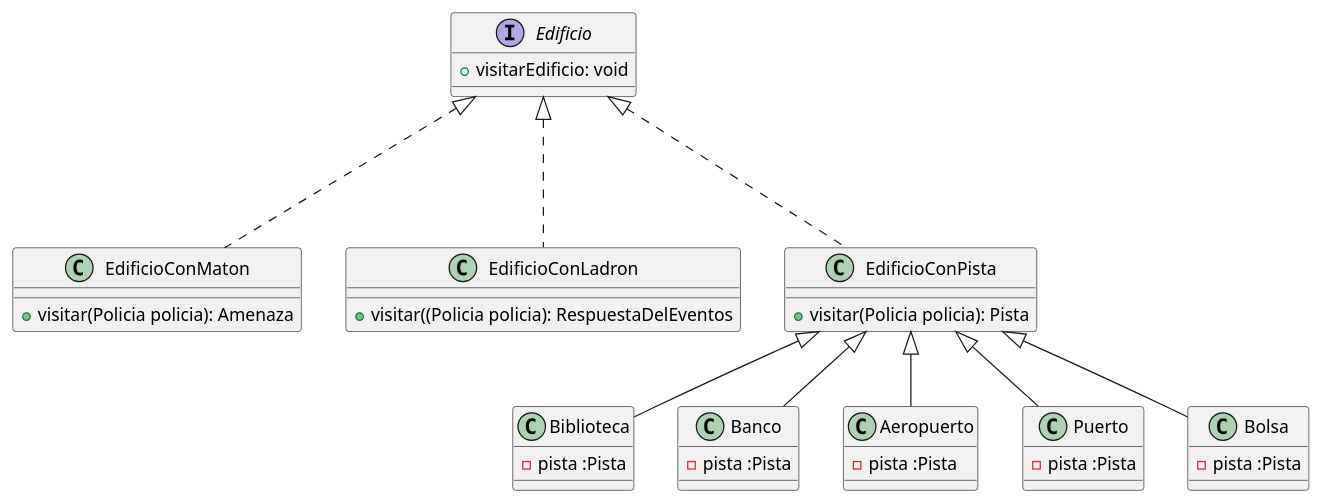
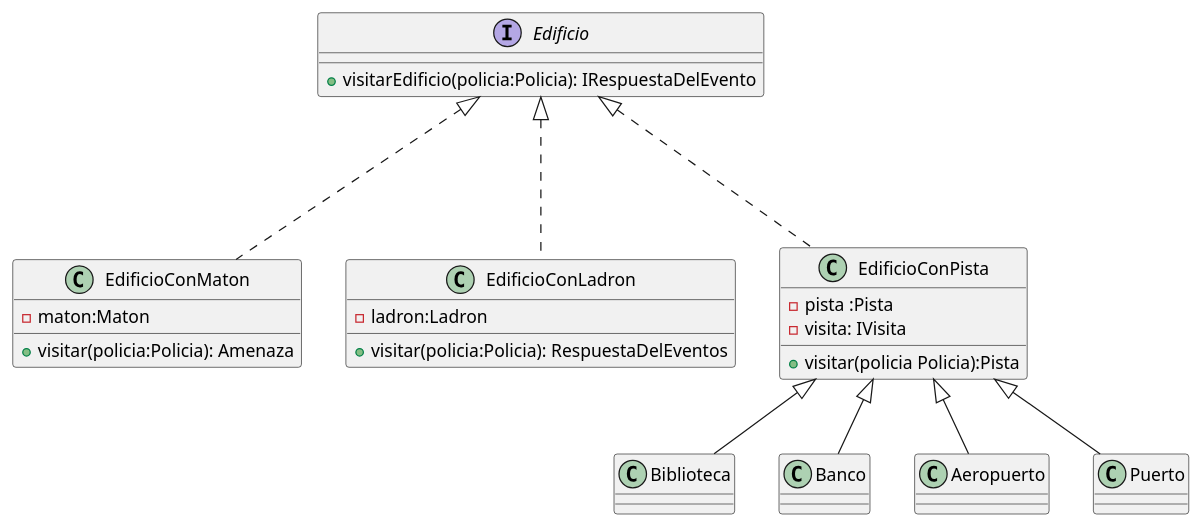
The diagram in diagrams/classes/dc_edificio.plantuml (SeleneMartinez/Algo3_AlgoThief), drawn with PlantUML before and after one commit.

Commit message:
correccion dc_edificio

```diff
--- a/diagrams/classes/dc_edificio.plantuml
+++ b/diagrams/classes/dc_edificio.plantuml
@@ -1,54 +1,55 @@
 @startuml
 
 interface Edificio
 {
-    +visitarEdificio: void
+    + visitarEdificio(policia:Policia): IRespuestaDelEvento
 }
 class EdificioConMaton
 {
-    +visitar(Policia policia): Amenaza
+    - maton:Maton
+    +visitar(policia:Policia): Amenaza
 }
 class EdificioConLadron
 {
-    +visitar((Policia policia): RespuestaDelEventos
+    - ladron:Ladron
+    + visitar(policia:Policia): RespuestaDelEventos
 }
 
 class Biblioteca
 {
-    -pista :Pista
+
 }
 
 class Banco
 {
-    -pista :Pista
+
 }
 
 class Aeropuerto
 {
-    -pista :Pista
+
 }
 class Puerto
 {
-    -pista :Pista
+
 }
-class Bolsa
-{
-    -pista :Pista
-}
+
 
 class EdificioConPista
 {
-    +visitar(Policia policia): Pista
+    - pista :Pista
+    - visita: IVisita
+    + visitar(policia Policia):Pista
 }
-EdificioConPista<|-- Bolsa
+
 EdificioConPista<|-- Banco
 EdificioConPista<|-- Aeropuerto
 EdificioConPista<|-- Puerto
 EdificioConPista<|-- Biblioteca
 
 Edificio <|... EdificioConLadron
 Edificio <|... EdificioConMaton
 Edificio <|... EdificioConPista
 
 
 @enduml
```
